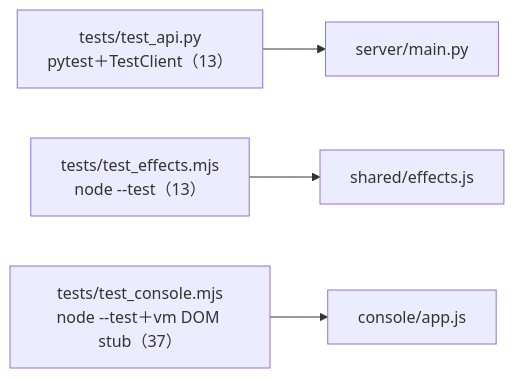
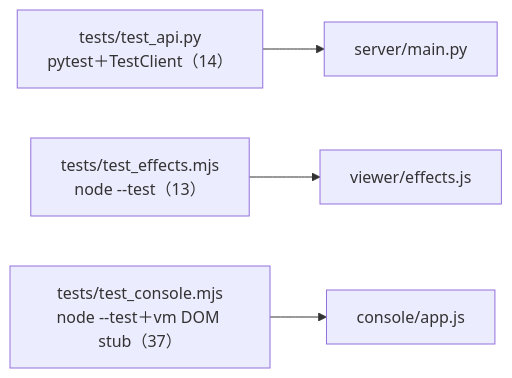
The sixth of 6 diagrams in docs/agents/CALL_GRAPH.md (zivngit/Real-time-Interaction-html), drawn with Mermaid before and after one commit. The commit also changed other lines of this file and 13 other files, not shown here.

Commit message:
refactor: 分離 console/server/viewer JS/CSS 並抽離特效列表

````diff
--- a/docs/agents/CALL_GRAPH.md
+++ b/docs/agents/CALL_GRAPH.md
@@ -188,6 +194,6 @@
 ```mermaid
 flowchart LR
-    TA["tests/test_api.py<br/>pytest＋TestClient（13）"] --> M["server/main.py"]
-    TE["tests/test_effects.mjs<br/>node --test（13）"] --> S["shared/effects.js"]
+    TA["tests/test_api.py<br/>pytest＋TestClient（14）"] --> M["server/main.py"]
+    TE["tests/test_effects.mjs<br/>node --test（13）"] --> S["viewer/effects.js"]
     TC["tests/test_console.mjs<br/>node --test＋vm DOM stub（37）"] --> K["console/app.js"]
 ```
````
